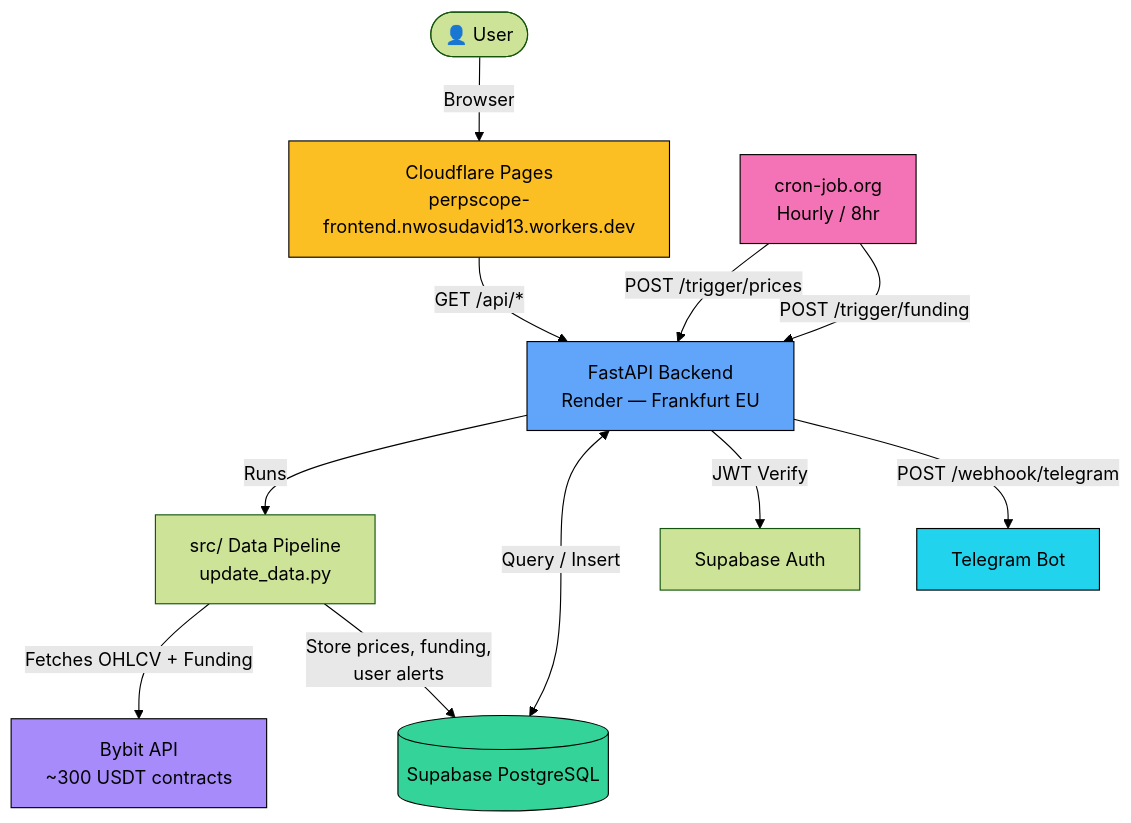
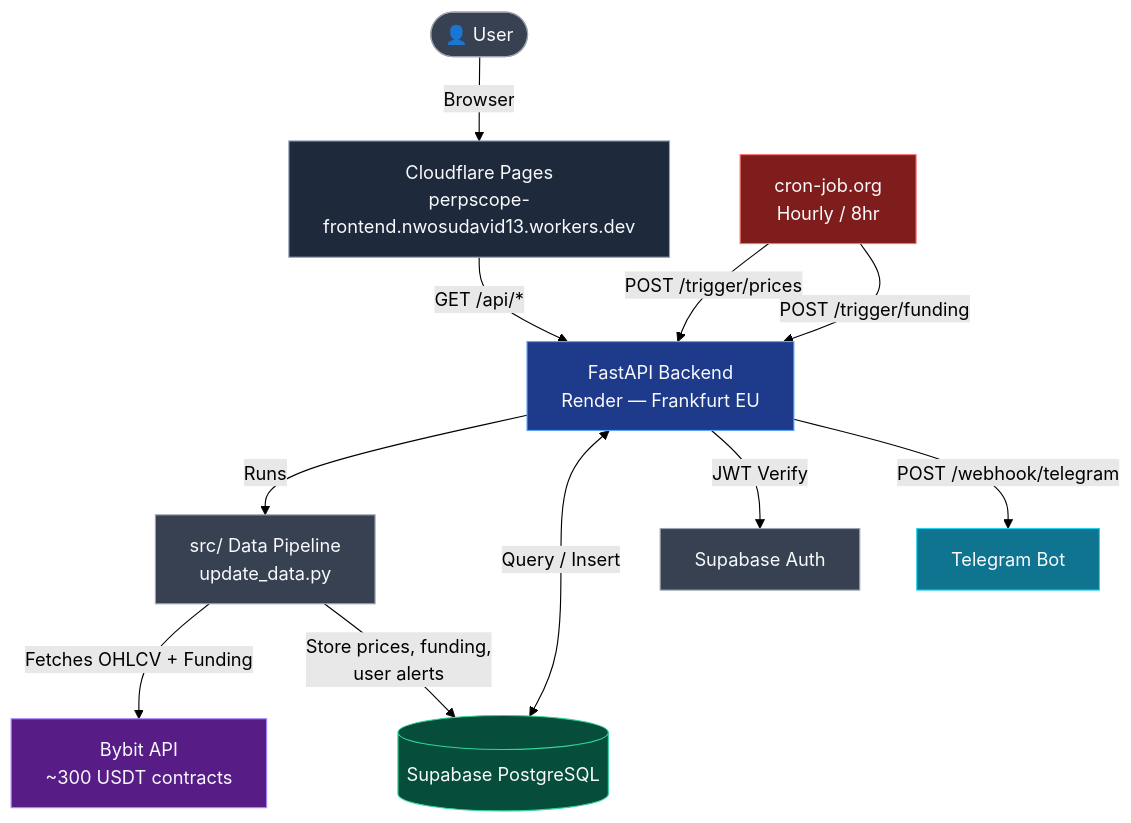
The diagram in README.md (Pointbr8ker-123/PerpScope), drawn with Mermaid (forest theme) before and after one commit.

````diff
--- a/README.md
+++ b/README.md
@@ -62,24 +62,27 @@
 ```mermaid
 flowchart TD
     U([👤 User]) -->|Browser| FE[Cloudflare Pages<br/>perpscope-frontend.nwosudavid13.workers.dev]
     FE -->|GET /api/*| BE[FastAPI Backend<br/>Render — Frankfurt EU]
 
     CR[cron-job.org<br/>Hourly / 8hr] -->|POST /trigger/prices| BE
     CR -->|POST /trigger/funding| BE
 
     BE -->|Runs| DP[src/ Data Pipeline<br/>update_data.py]
     DP -->|Fetches OHLCV + Funding| BY[Bybit API<br/>~300 USDT contracts]
 
     BE <-->|Query / Insert| DB[(Supabase PostgreSQL)]
     DP -->|Store prices, funding,<br/>user alerts| DB
 
     BE -->|JWT Verify| AUTH[Supabase Auth]
     BE -->|POST /webhook/telegram| TG[Telegram Bot]
 
-    style FE fill:#fbbf24,stroke:#000
-    style BE fill:#60a5fa,stroke:#000
-    style DB fill:#34d399,stroke:#000
-    style BY fill:#a78bfa,stroke:#000
-    style CR fill:#f472b6,stroke:#000
-    style TG fill:#22d3ee,stroke:#000
+    style FE fill:#1e293b,stroke:#94a3b8,color:#f8fafc
+    style BE fill:#1e3a8a,stroke:#60a5fa,color:#f8fafc
+    style DB fill:#064e3b,stroke:#34d399,color:#f8fafc
+    style BY fill:#581c87,stroke:#a78bfa,color:#f8fafc
+    style CR fill:#7f1d1d,stroke:#f87171,color:#f8fafc
+    style TG fill:#0e7490,stroke:#22d3ee,color:#f8fafc
+    style U fill:#374151,stroke:#9ca3af,color:#f8fafc
+    style AUTH fill:#374151,stroke:#9ca3af,color:#f8fafc
+    style DP fill:#374151,stroke:#9ca3af,color:#f8fafc
 ```
````
